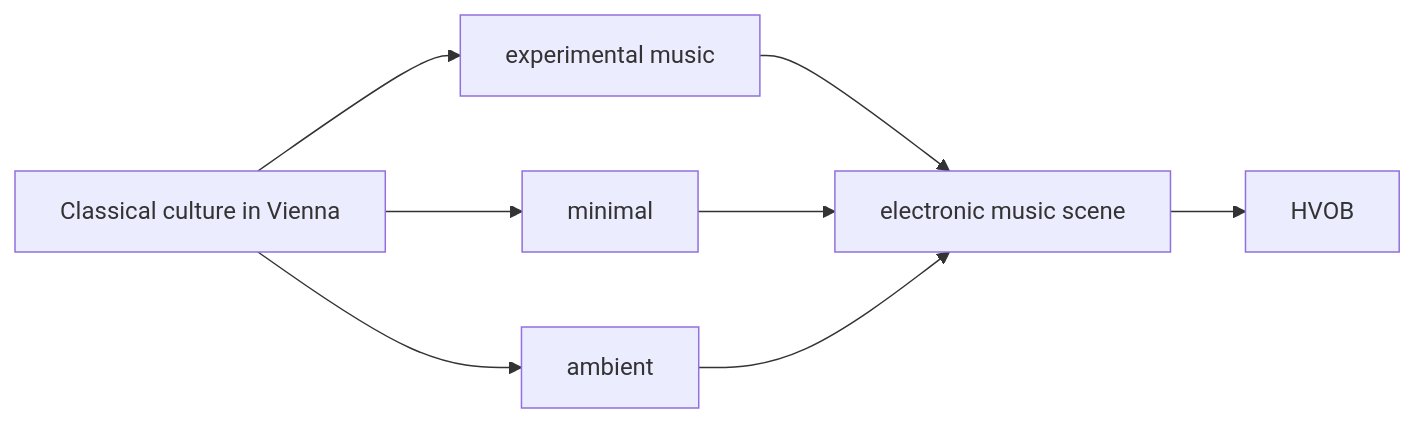
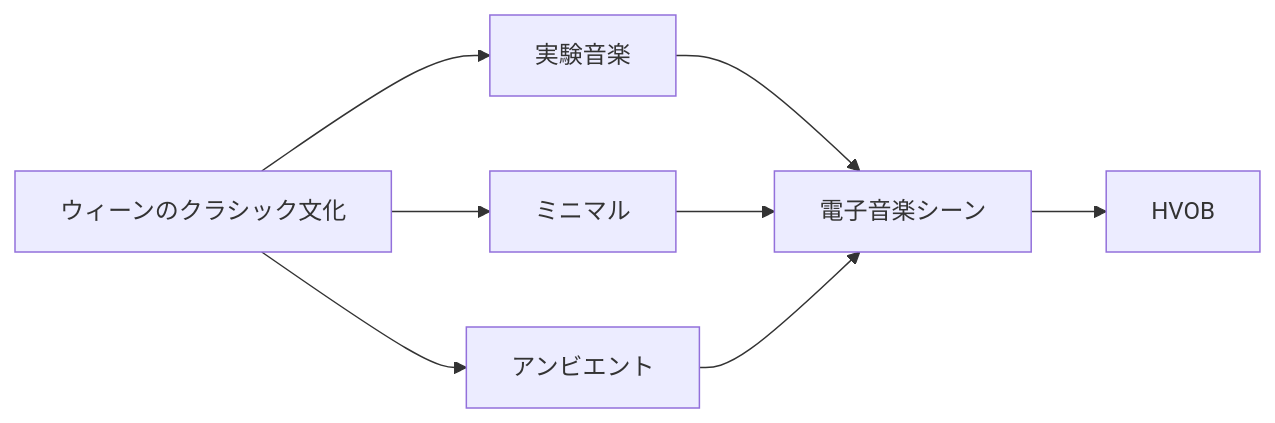
The first of 12 diagrams in en/_posts/2026-07-19-column-hvob.md (monumental-movement/monumental-movement.github.io), drawn with Mermaid before and after one commit. The commit also changed other lines of this file and 2196 other files, not shown here.

```diff
--- a/en/_posts/2026-07-19-column-hvob.md
+++ b/en/_posts/2026-07-19-column-hvob.md
@@ -110,14 +110,14 @@
 <div class="mermaid">
 graph LR
 
-A[Classical culture in Vienna]
-A --> B[experimental music]
-A --> C[minimal]
-A --> D[ambient]
+A[ウィーンのクラシック文化]
+A --> B[実験音楽]
+A --> C[ミニマル]
+A --> D[アンビエント]
 
-B --> E[electronic music scene]
+B --> E[電子音楽シーン]
 C --> E
 D --> E
 
 E --> F[HVOB]
 </div>
```
